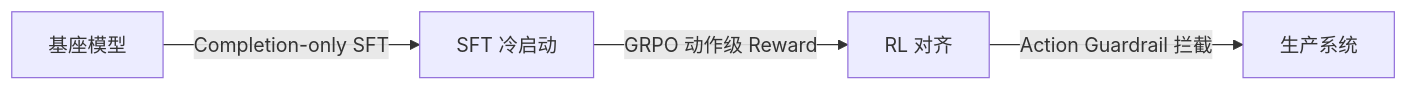
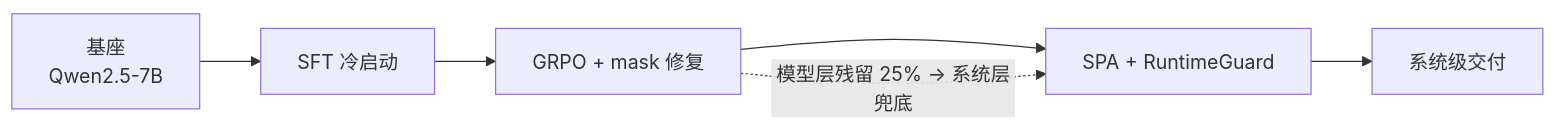
Before and after one commit to autumnieave/lite-coding-agent: the diagram in README.md, drawn with Mermaid. The commit also changed other lines of this file, not shown here.

````diff
--- a/README.md
+++ b/README.md
@@ -55,6 +48,8 @@
 ```mermaid
 flowchart LR
-A[基座模型] -->|Completion-only SFT| B[SFT 冷启动]
-B -->|GRPO 动作级 Reward| C[RL 对齐]
-C -->|Action Guardrail 拦截| D[生产系统]
+    A[基座<br/>Qwen2.5-7B] --> B[SFT 冷启动]
+    B --> C[GRPO + mask 修复]
+    C --> D[SPA + RuntimeGuard]
+    D --> E[系统级交付]
+    C -. 模型层残留 25% → 系统层兜底 .-> D
 ```
````
